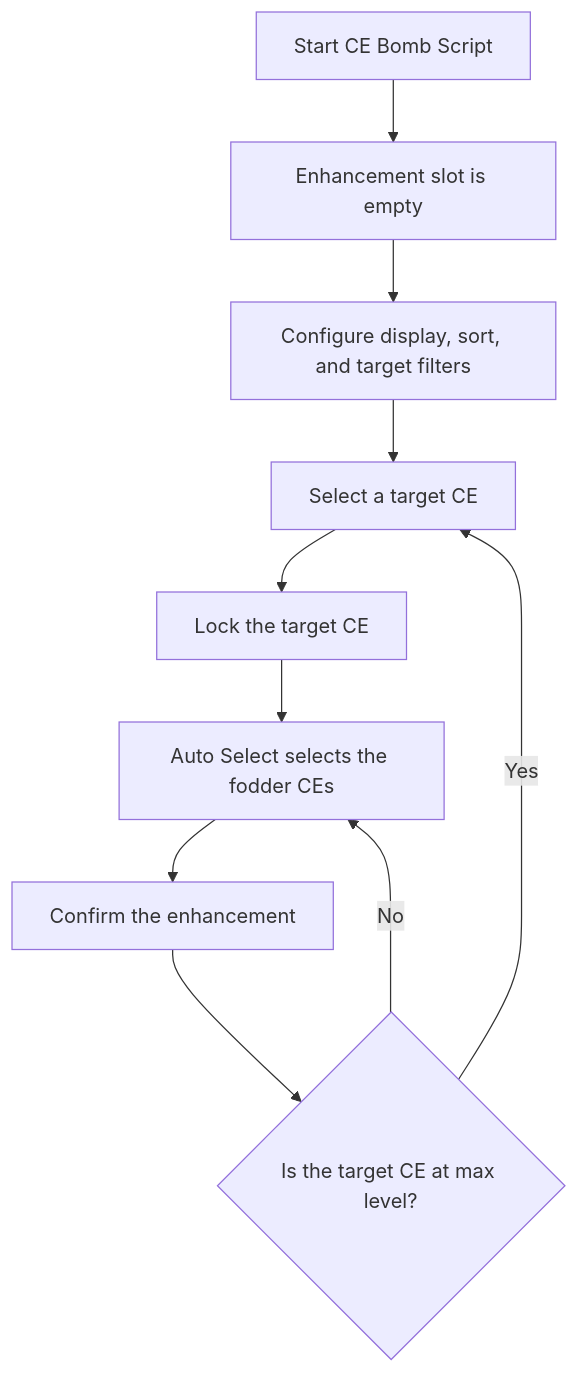
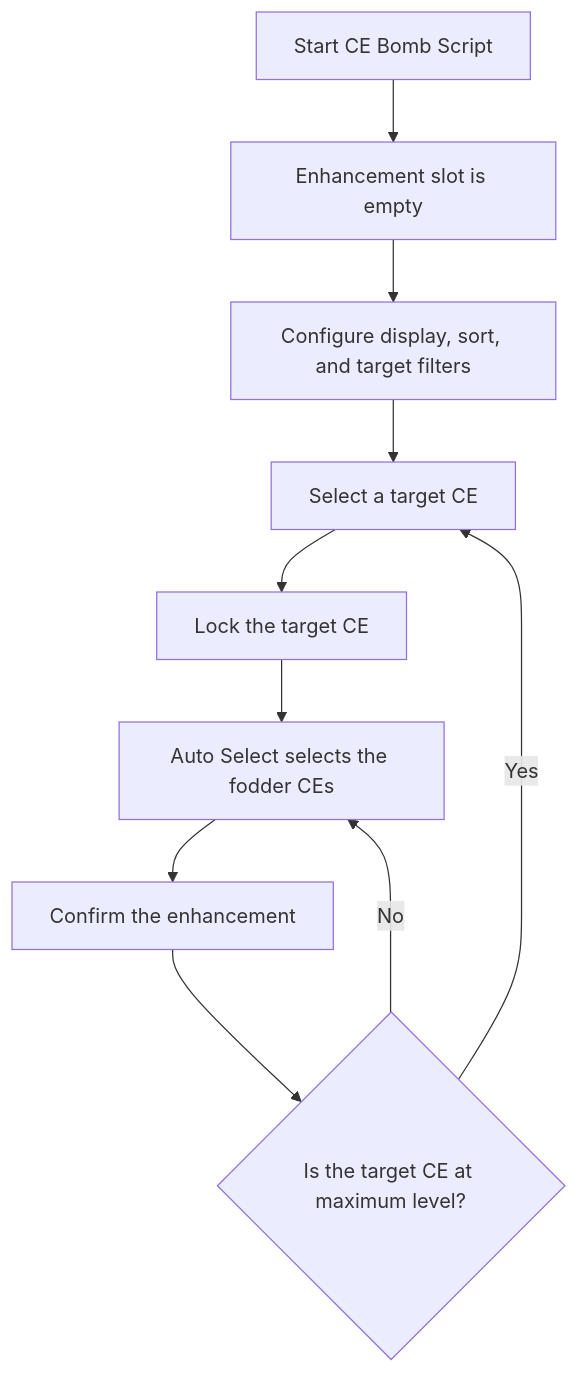
One commit to ArthurKun21/FGA-Preview-Build changed the diagram in docs/scripts/auto-ce-exp-bomb.md. Above: the diagram before and after it, drawn with Mermaid. The commit also changed other lines of this file and 9 other files, not shown here.

````diff
--- a/docs/scripts/auto-ce-exp-bomb.md
+++ b/docs/scripts/auto-ce-exp-bomb.md
@@ -41,12 +43,12 @@
 ```mermaid
 flowchart TD
     A[Start CE Bomb Script] --> B[Enhancement slot is empty]
     B --> C[Configure display, sort, and target filters]
     C --> D[Select a target CE]
     D --> E[Lock the target CE]
     E --> F[Auto Select selects the fodder CEs]
     F --> G[Confirm the enhancement]
-    G --> H{Is the target CE at max level?}
+    G --> H{Is the target CE at maximum level?}
     H -->|No| F
     H -->|Yes| D
 ```
````
